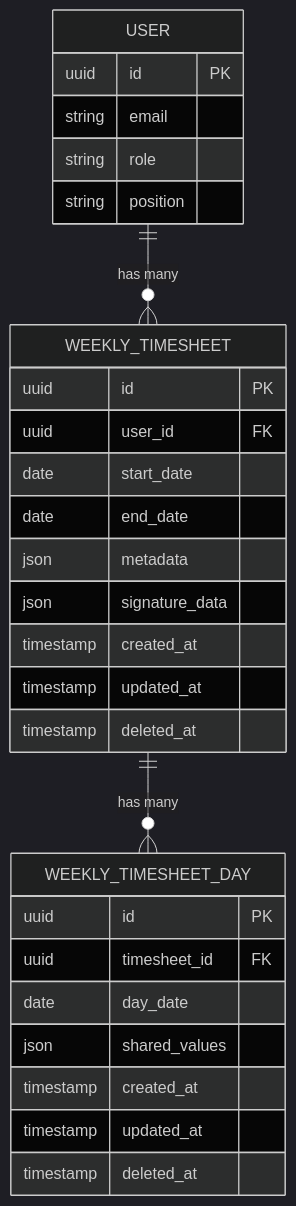
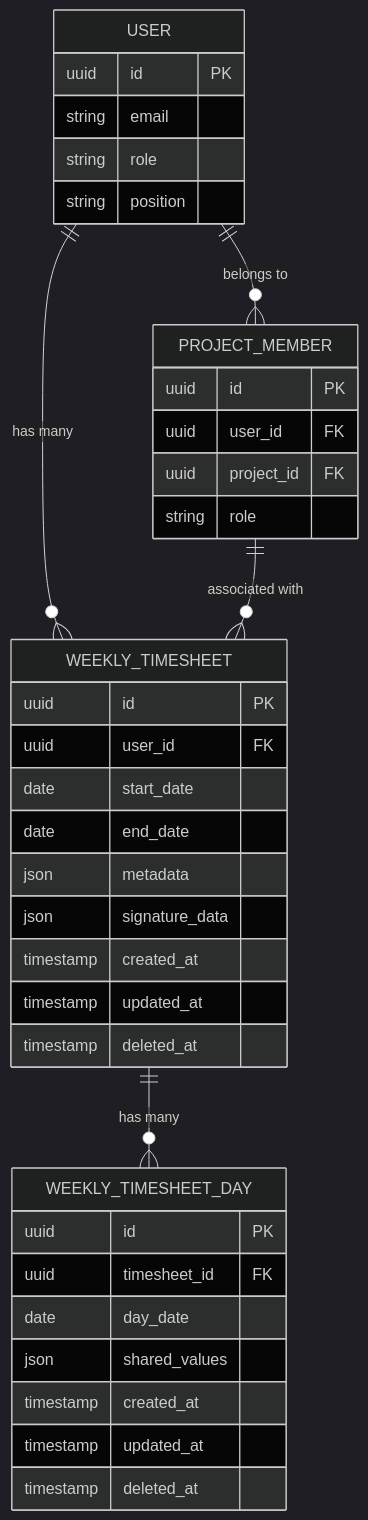
One commit to RobertRuas/windlog changed the sixth of 11 diagrams in .qoder/repowiki/en/content/Arquitetura Backend/Módulos do Sistema/Timesheet Semanal - Módulo Backend.md. Above: the diagram before and after it, drawn with Mermaid (dark theme). The commit also changed other lines of this file and 18 other files, not shown here.

````diff
--- a/.qoder/repowiki/en/content/Arquitetura Backend/Módulos do Sistema/Timesheet Semanal - Módulo Backend.md
+++ b/.qoder/repowiki/en/content/Arquitetura Backend/Módulos do Sistema/Timesheet Semanal - Módulo Backend.md
@@ -375,31 +402,39 @@
 ```mermaid
 erDiagram
 WEEKLY_TIMESHEET {
 uuid id PK
 uuid user_id FK
 date start_date
 date end_date
 json metadata
 json signature_data
 timestamp created_at
 timestamp updated_at
 timestamp deleted_at
 }
 WEEKLY_TIMESHEET_DAY {
 uuid id PK
 uuid timesheet_id FK
 date day_date
 json shared_values
 timestamp created_at
 timestamp updated_at
 timestamp deleted_at
 }
 USER {
 uuid id PK
 string email
 string role
 string position
 }
+PROJECT_MEMBER {
+uuid id PK
+uuid user_id FK
+uuid project_id FK
+string role
+}
 WEEKLY_TIMESHEET ||--o{ WEEKLY_TIMESHEET_DAY : "has many"
 USER ||--o{ WEEKLY_TIMESHEET : "has many"
+USER ||--o{ PROJECT_MEMBER : "belongs to"
+PROJECT_MEMBER ||--o{ WEEKLY_TIMESHEET : "associated with"
 ```
````
